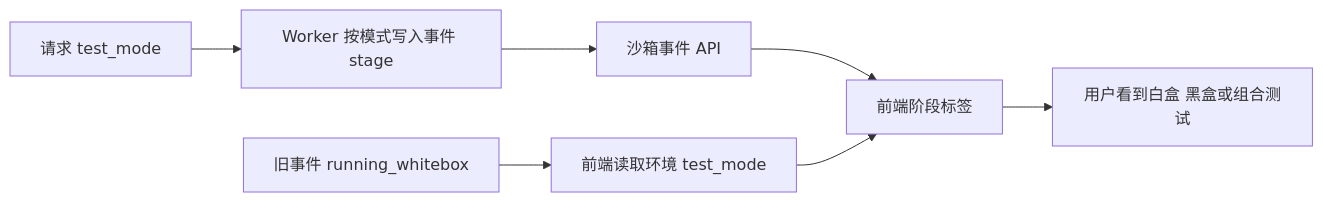
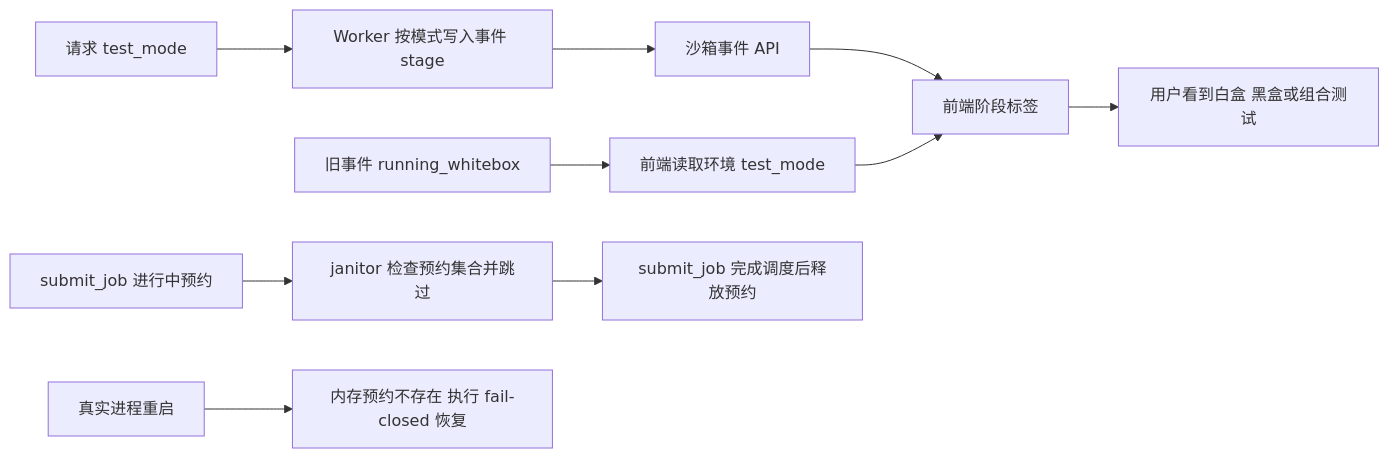
The diagram in docs/沙箱测试阶段标识修复20261008/DESIGN_沙箱测试阶段标识.md (OUTLElijiadong/llm-agent-code-review), drawn with Mermaid before and after one commit. The commit also changed other lines of this file and 10 other files, not shown here.

````diff
--- a/docs/沙箱测试阶段标识修复20261008/DESIGN_沙箱测试阶段标识.md
+++ b/docs/沙箱测试阶段标识修复20261008/DESIGN_沙箱测试阶段标识.md
@@ -3,9 +3,12 @@
 ```mermaid
 flowchart LR
   A[请求 test_mode] --> B[Worker 按模式写入事件 stage]
   B --> C[沙箱事件 API]
   C --> D[前端阶段标签]
   D --> E[用户看到白盒 黑盒或组合测试]
   F[旧事件 running_whitebox] --> G[前端读取环境 test_mode]
   G --> D
+  H[submit_job 进行中预约] --> I[janitor 检查预约集合并跳过]
+  I --> J[submit_job 完成调度后释放预约]
+  K[真实进程重启] --> L[内存预约不存在 执行 fail-closed 恢复]
 ```
````
